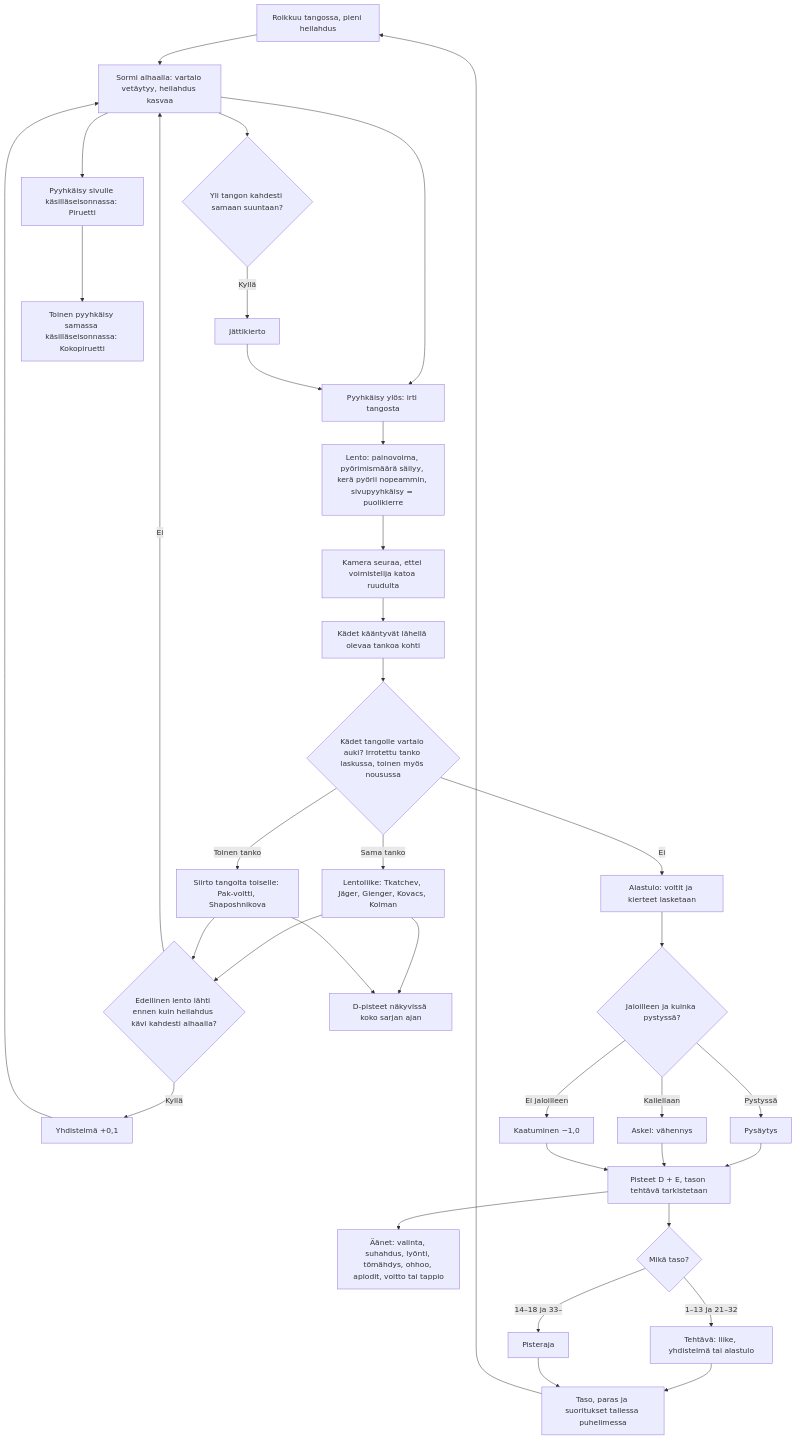
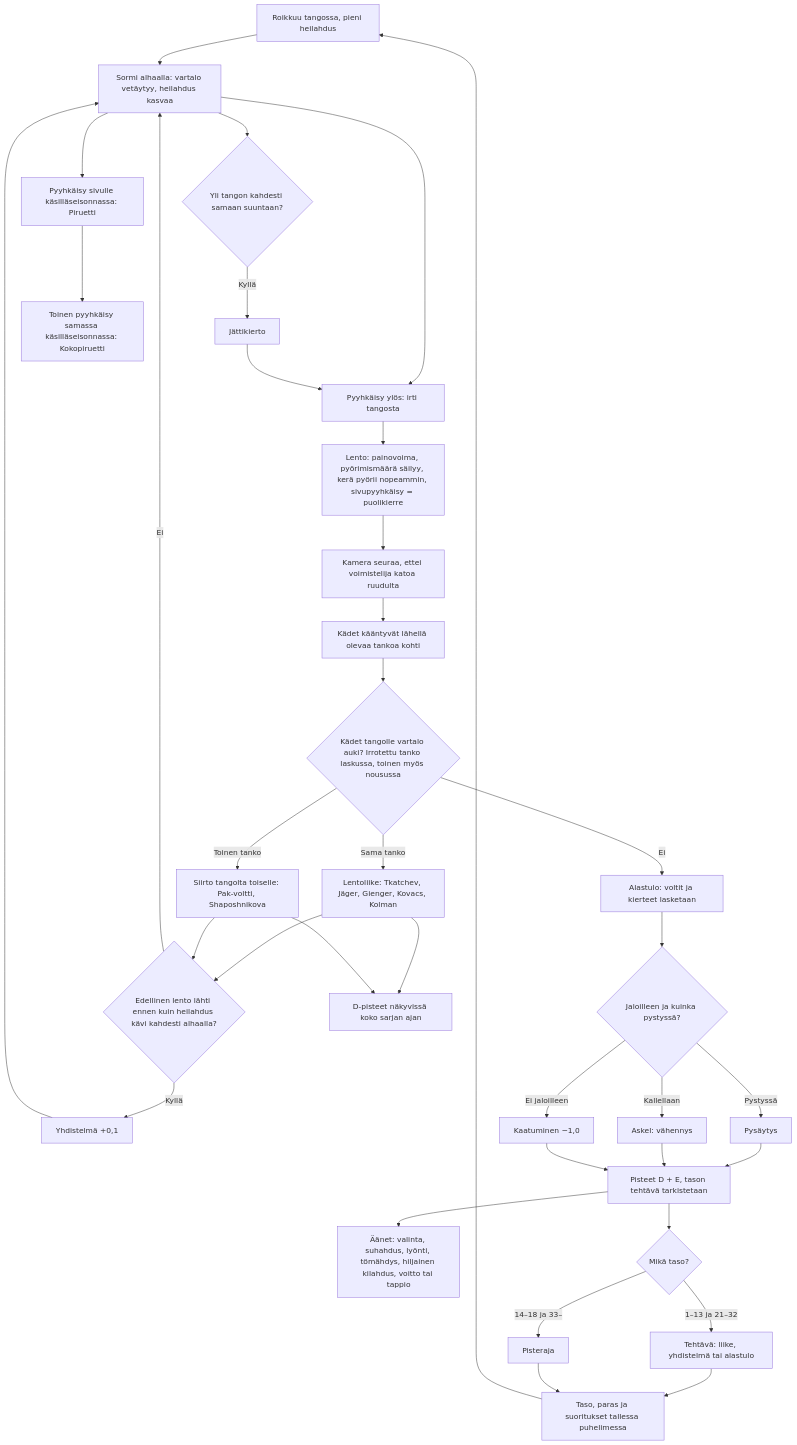
Before and after one commit to eerovil/ai-pelit: the diagram in docs/diagrams/voimistelu.md, drawn with Mermaid. The commit also changed other lines of this file and 254 other files, not shown here.

````diff
--- a/docs/diagrams/voimistelu.md
+++ b/docs/diagrams/voimistelu.md
@@ -14,44 +16,44 @@
 ```mermaid
 flowchart TD
   A[Roikkuu tangossa, pieni heilahdus] --> B[Sormi alhaalla: vartalo vetäytyy, heilahdus kasvaa]
   B --> C{Yli tangon kahdesti samaan suuntaan?}
   C -- Kyllä --> D[Jättikierto]
   B --> P[Pyyhkäisy sivulle käsilläseisonnassa: Piruetti]
   P --> P2[Toinen pyyhkäisy samassa käsilläseisonnassa: Kokopiruetti]
   B --> E[Pyyhkäisy ylös: irti tangosta]
   D --> E
   E --> F[Lento: painovoima, pyörimismäärä säilyy, kerä pyörii nopeammin, sivupyyhkäisy = puolikierre]
   F --> R[Kamera seuraa, ettei voimistelija katoa ruudulta]
   R --> T[Kädet kääntyvät lähellä olevaa tankoa kohti]
   T --> G{Kädet tangolle vartalo auki? Irrotettu tanko laskussa, toinen myös nousussa}
   G -- Sama tanko --> H[Lentoliike: Tkatchev, Jäger, Gienger, Kovacs, Kolman]
   G -- Toinen tanko --> Q[Siirto tangolta toiselle: Pak-voltti, Shaposhnikova]
   H --> Y{Edellinen lento lähti ennen kuin heilahdus kävi kahdesti alhaalla?}
   Q --> Y
   Y -- Kyllä --> Z[Yhdistelmä +0,1]
   Z --> B
   Y -- Ei --> B
   G -- Ei --> I[Alastulo: voltit ja kierteet lasketaan]
   I --> J{Jaloilleen ja kuinka pystyssä?}
   J -- Pystyssä --> K[Pysäytys]
   J -- Kallellaan --> L[Askel: vähennys]
   J -- Ei jaloilleen --> M[Kaatuminen −1,0]
   K --> N[Pisteet D + E, tason tehtävä tarkistetaan]
   L --> N
   M --> N
-  N --> SO[Äänet: valinta, suhahdus, lyönti, tömähdys, ohhoo, aplodit, voitto tai tappio]
+  N --> SO[Äänet: valinta, suhahdus, lyönti, tömähdys, hiljainen kilahdus, voitto tai tappio]
   N --> V{Mikä taso?}
   V -- 1–13 ja 21–32 --> W[Tehtävä: liike, yhdistelmä tai alastulo]
   V -- 14–18 ja 33– --> X[Pisteraja]
   W --> O[Taso, paras ja suoritukset tallessa puhelimessa]
   H --> DD[D-pisteet näkyvissä koko sarjan ajan]
   Q --> DD
   X --> O
   O --> A
   class A,B,E,P blue
   class C,G,J,Y,V amber
   class F,R,T teal
   class D,H,I,K,N,O,Q,P2,Z,W,X,DD green
   class L,M rose
   class SO violet
 ```
````
